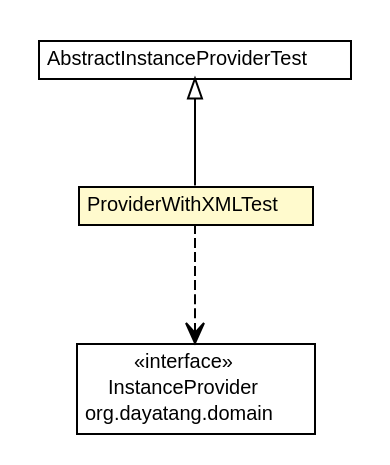
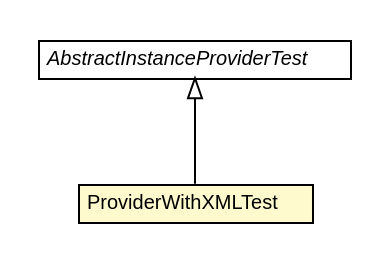
One commit to dayatang/dddlib changed the diagram in dddlib-ioc/dddlib-ioc-spring/testapidocs/org/dayatang/ioc/spring/factory/ProviderWithXMLTest.dot. Above: the diagram before and after it, drawn with Graphviz. The commit also changed 127 other files, not shown here.

```diff
--- a/dddlib-ioc/dddlib-ioc-spring/testapidocs/org/dayatang/ioc/spring/factory/ProviderWithXMLTest.dot
+++ b/dddlib-ioc/dddlib-ioc-spring/testapidocs/org/dayatang/ioc/spring/factory/ProviderWithXMLTest.dot
@@ -1,36 +1,26 @@
 #!/usr/local/bin/dot
 #
 # Class diagram 
 # Generated by UMLGraph version R5_6_6-8-g8d7759 (http://www.umlgraph.org/)
 #
 
 digraph G {
 	edge [fontname="Helvetica",fontsize=10,labelfontname="Helvetica",labelfontsize=10];
 	node [fontname="Helvetica",fontsize=10,shape=plaintext];
 	nodesep=0.25;
 	ranksep=0.5;
 	// org.dayatang.ioc.spring.factory.ProviderWithXMLTest
-	c25 [label=<<table title="org.dayatang.ioc.spring.factory.ProviderWithXMLTest" border="0" cellborder="1" cellspacing="0" cellpadding="2" port="p" bgcolor="lemonChiffon" href="./ProviderWithXMLTest.html">
+	c21 [label=<<table title="org.dayatang.ioc.spring.factory.ProviderWithXMLTest" border="0" cellborder="1" cellspacing="0" cellpadding="2" port="p" bgcolor="lemonChiffon" href="./ProviderWithXMLTest.html">
 		<tr><td><table border="0" cellspacing="0" cellpadding="1">
 <tr><td align="center" balign="center"> ProviderWithXMLTest </td></tr>
 		</table></td></tr>
 		</table>>, URL="./ProviderWithXMLTest.html", fontname="Helvetica", fontcolor="black", fontsize=10.0];
-	//org.dayatang.ioc.spring.factory.ProviderWithXMLTest extends AbstractInstanceProviderTest
-	c27:p -> c25:p [dir=back,arrowtail=empty];
-	// org.dayatang.ioc.spring.factory.ProviderWithXMLTest DEPEND org.dayatang.domain.InstanceProvider
-	c25:p -> c28:p [taillabel="", label=" "headlabel="", fontname="Helvetica", fontcolor="black", fontsize=10.0, color="black", arrowhead=open, style=dashed];
-	// AbstractInstanceProviderTest
-	c27[label=<<table title="AbstractInstanceProviderTest" border="0" cellborder="1" cellspacing="0" cellpadding="2" port="p" href="http://java.sun.com/j2se/1.4.2/docs/api//AbstractInstanceProviderTest.html">
+	//org.dayatang.ioc.spring.factory.ProviderWithXMLTest extends org.dayatang.ioc.test.AbstractInstanceProviderTest
+	c23:p -> c21:p [dir=back,arrowtail=empty];
+	// org.dayatang.ioc.test.AbstractInstanceProviderTest
+	c23 [label=<<table title="org.dayatang.ioc.test.AbstractInstanceProviderTest" border="0" cellborder="1" cellspacing="0" cellpadding="2" port="p">
 		<tr><td><table border="0" cellspacing="0" cellpadding="1">
-<tr><td align="center" balign="center"> AbstractInstanceProviderTest </td></tr>
+<tr><td align="center" balign="center"><font face="Helvetica-Oblique"> AbstractInstanceProviderTest </font></td></tr>
 		</table></td></tr>
-		</table>>, fontname="Helvetica", fontcolor="black", fontsize=10.0];
-	// org.dayatang.domain.InstanceProvider
-	c28 [label=<<table title="org.dayatang.domain.InstanceProvider" border="0" cellborder="1" cellspacing="0" cellpadding="2" port="p" href="http://java.sun.com/j2se/1.4.2/docs/api/org/dayatang/domain/InstanceProvider.html">
-		<tr><td><table border="0" cellspacing="0" cellpadding="1">
-<tr><td align="center" balign="center"> &#171;interface&#187; </td></tr>
-<tr><td align="center" balign="center"> InstanceProvider </td></tr>
-<tr><td align="center" balign="center"> org.dayatang.domain </td></tr>
-		</table></td></tr>
-		</table>>, URL="http://java.sun.com/j2se/1.4.2/docs/api/org/dayatang/domain/InstanceProvider.html", fontname="Helvetica", fontcolor="black", fontsize=10.0];
+		</table>>, URL="null", fontname="Helvetica", fontcolor="black", fontsize=10.0];
 }
```
